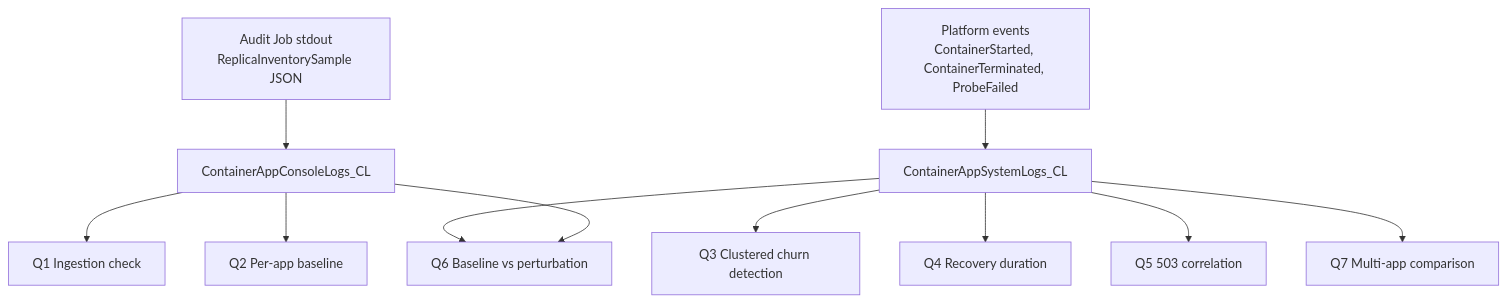
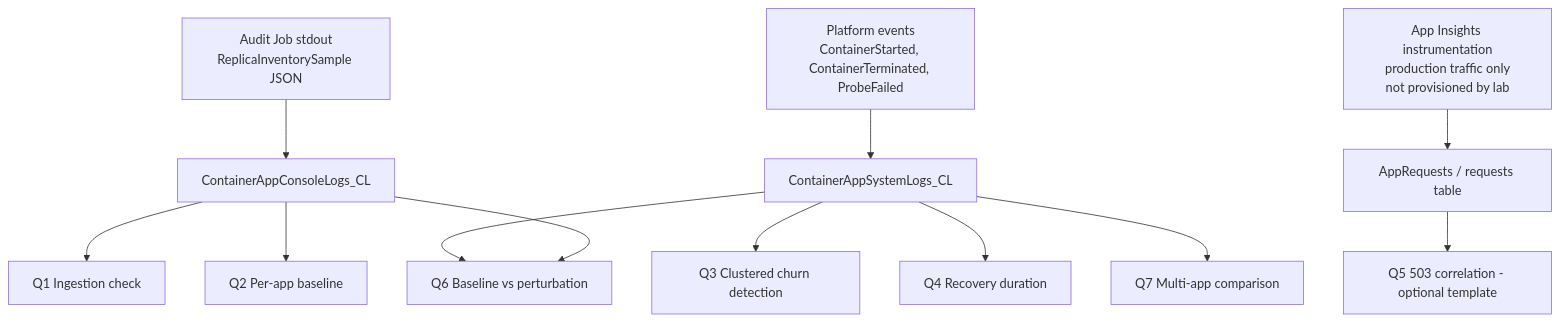
The diagram in docs/troubleshooting/kql/scaling-and-replicas/zone-redundancy-mass-reschedule.md (yeongseon/azure-container-apps-practical-guide), drawn with Mermaid before and after one commit. The commit also changed other lines of this file and 3 other files, not shown here.

````diff
--- a/docs/troubleshooting/kql/scaling-and-replicas/zone-redundancy-mass-reschedule.md
+++ b/docs/troubleshooting/kql/scaling-and-replicas/zone-redundancy-mass-reschedule.md
@@ -44,13 +44,14 @@
 ```mermaid
 flowchart TD
     A[Audit Job stdout<br/>ReplicaInventorySample JSON] --> B[ContainerAppConsoleLogs_CL]
     C[Platform events<br/>ContainerStarted, ContainerTerminated, ProbeFailed] --> D[ContainerAppSystemLogs_CL]
     B --> E[Q1 Ingestion check]
     B --> F[Q2 Per-app baseline]
     D --> G[Q3 Clustered churn detection]
     D --> H[Q4 Recovery duration]
-    D --> I[Q5 503 correlation]
+    P[App Insights instrumentation<br/>production traffic only<br/>not provisioned by lab] --> Q[AppRequests / requests table]
+    Q --> I[Q5 503 correlation - optional template]
     D --> J[Q6 Baseline vs perturbation]
     D --> K[Q7 Multi-app comparison]
     B --> J
 ```
````
